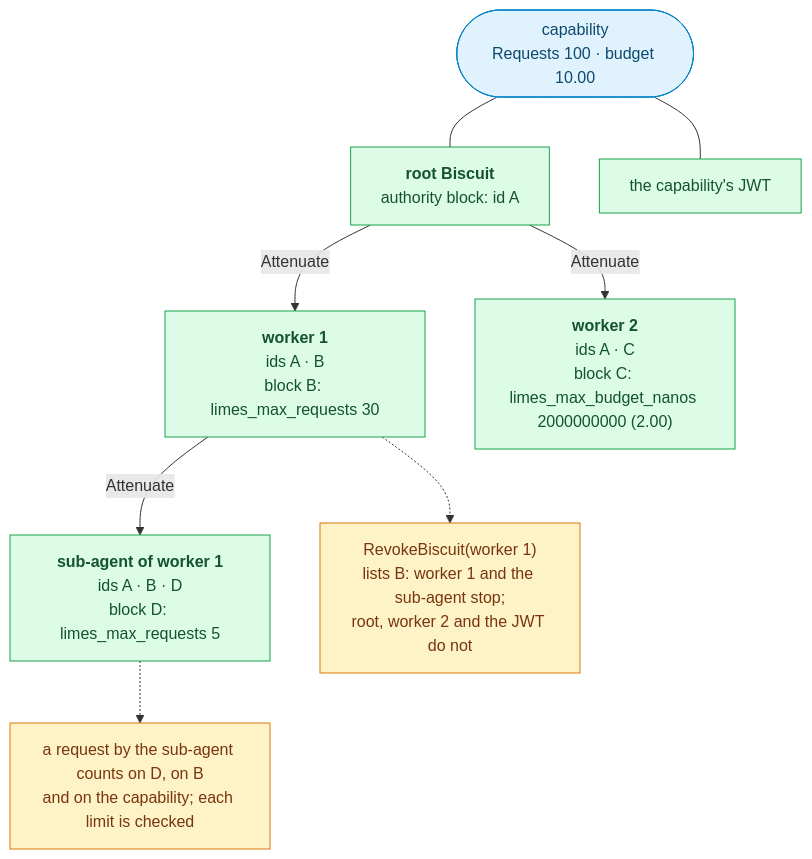
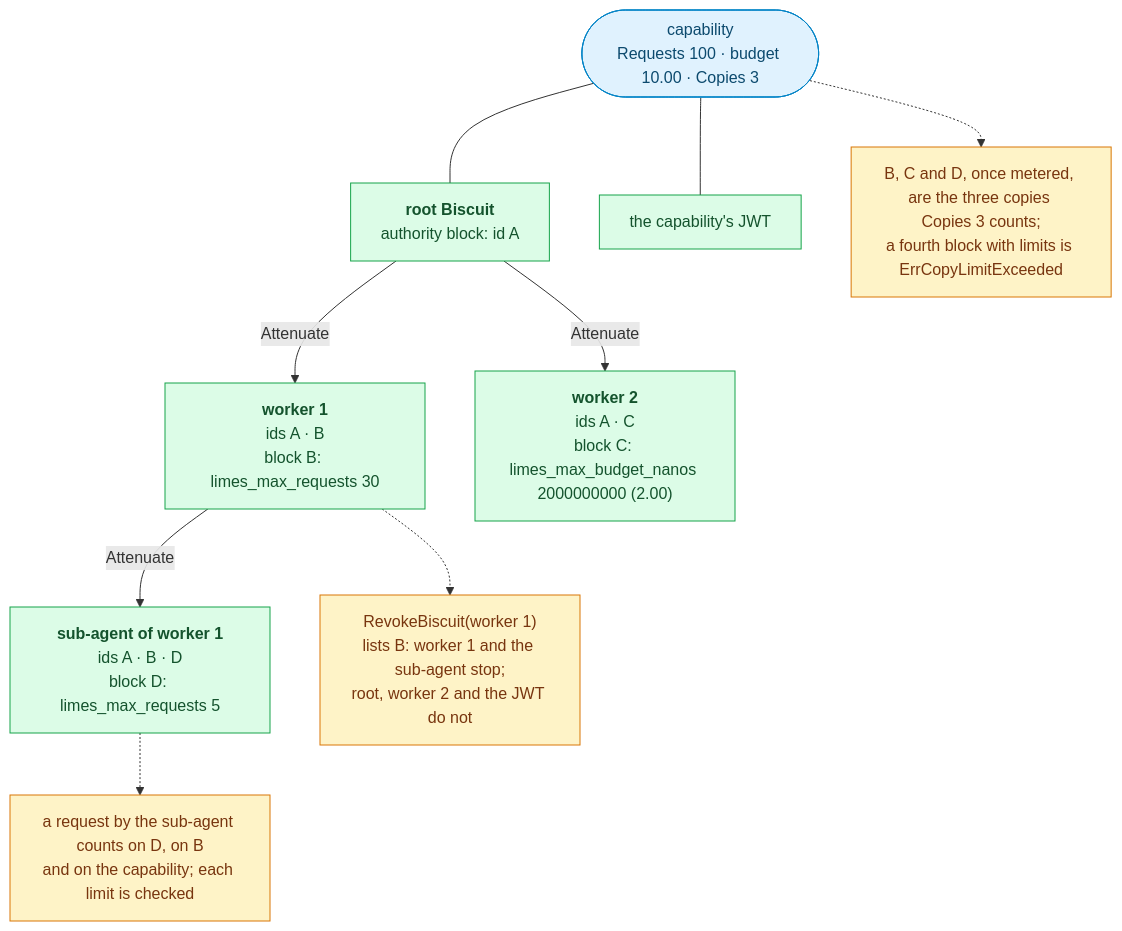
One commit to oleg-tkachuk/limes changed the ninth of 13 diagrams in docs/diagrams.md. Above: the diagram before and after it, drawn with Mermaid. The commit also changed other lines of this file, not shown here.

Commit message:
docs(diagrams): show the copy quota, the erase mark and the charge transaction's rules

````diff
--- a/docs/diagrams.md
+++ b/docs/diagrams.md
@@ -632,29 +635,31 @@
 ```mermaid
 flowchart TB
-    cap(["capability<br/>Requests 100 · budget 10.00"])
+    cap(["capability<br/>Requests 100 · budget 10.00 · Copies 3"])
     root["<b>root Biscuit</b><br/>authority block: id A"]
     w1["<b>worker 1</b><br/>ids A · B<br/>block B: limes_max_requests 30"]
     w2["<b>worker 2</b><br/>ids A · C<br/>block C: limes_max_budget_nanos 2000000000 (2.00)"]
     sub["<b>sub-agent of worker 1</b><br/>ids A · B · D<br/>block D: limes_max_requests 5"]
     jwt["the capability's JWT"]
 
     cap --- root
     cap --- jwt
     root -- "Attenuate" --> w1
     root -- "Attenuate" --> w2
     w1 -- "Attenuate" --> sub
 
     revB["RevokeBiscuit(worker 1)<br/>lists B: worker 1 and the sub-agent stop;<br/>root, worker 2 and the JWT do not"]
     cntD["a request by the sub-agent counts on D, on B<br/>and on the capability; each limit is checked"]
+    quota["B, C and D, once metered, are the three copies Copies 3 counts;<br/>a fourth block with limits is ErrCopyLimitExceeded"]
 
     w1 -.-> revB
     sub -.-> cntD
+    cap -.-> quota
 
     classDef client fill:#E0F2FE,stroke:#0284C7,color:#0C4A6E
     classDef role fill:#DCFCE7,stroke:#16A34A,color:#14532D
     classDef optional fill:#F1F5F9,stroke:#64748B,color:#334155,stroke-dasharray:5 4
     classDef store fill:#FEF3C7,stroke:#D97706,color:#78350F
     class cap client
     class root,w1,w2,sub,jwt role
-    class revB,cntD store
+    class revB,cntD,quota store
 ```
````
